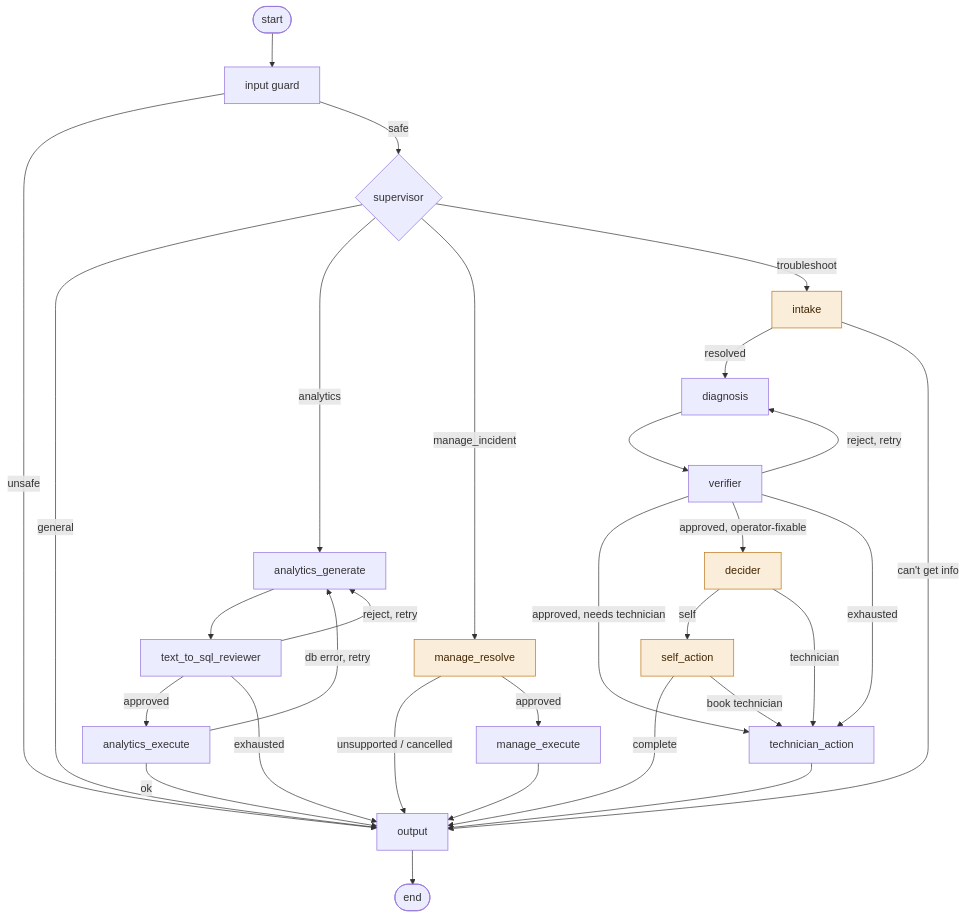
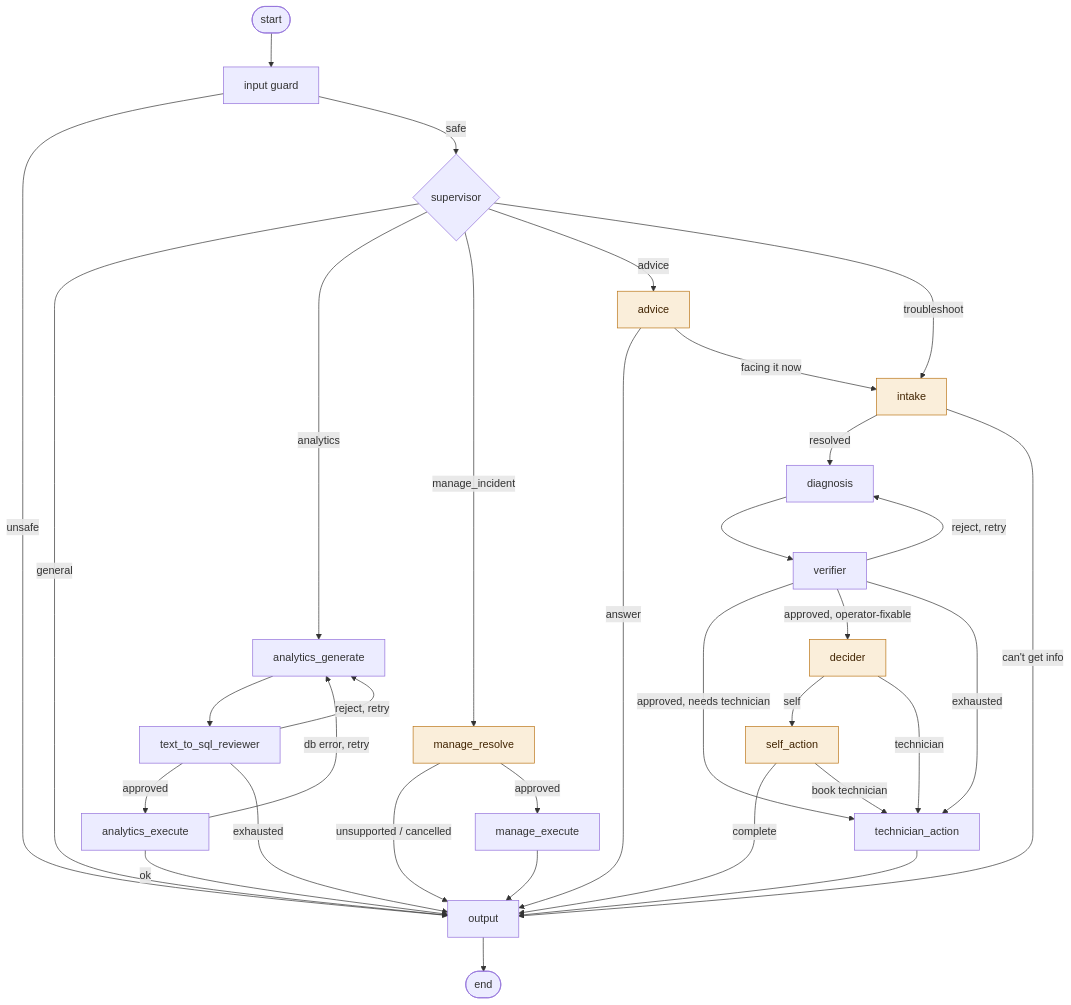
One commit to sundarram1608/RAG-powered-Multi-Agentic-Machine-Maintenance-Support changed the diagram in agents/README.md. Above: the diagram before and after it, drawn with Mermaid. The commit also changed other lines of this file and 10 other files, not shown here.

````diff
--- a/agents/README.md
+++ b/agents/README.md
@@ -394,41 +395,45 @@
 ```mermaid
 flowchart TD
     START([start]) --> input[input guard]
     input -->|unsafe| output[output]
     input -->|safe| supervisor{supervisor}
 
     supervisor -->|general| output
     supervisor -->|analytics| analytics_generate[analytics_generate]
     supervisor -->|manage_incident| manage_resolve[manage_resolve]
+    supervisor -->|advice| advice[advice]
     supervisor -->|troubleshoot| intake[intake]
+
+    advice -->|answer| output
+    advice -->|facing it now| intake
 
     analytics_generate --> text_to_sql_reviewer[text_to_sql_reviewer]
     text_to_sql_reviewer -->|approved| analytics_execute[analytics_execute]
     text_to_sql_reviewer -->|reject, retry| analytics_generate
     text_to_sql_reviewer -->|exhausted| output
     analytics_execute -->|ok| output
     analytics_execute -->|db error, retry| analytics_generate
 
     manage_resolve -->|unsupported / cancelled| output
     manage_resolve -->|approved| manage_execute[manage_execute]
     manage_execute --> output
 
     intake -->|resolved| diagnosis[diagnosis]
     intake -->|can't get info| output
     diagnosis --> verifier[verifier]
     verifier -->|approved, needs technician| technician_action[technician_action]
     verifier -->|approved, operator-fixable| decider[decider]
     verifier -->|reject, retry| diagnosis
     verifier -->|exhausted| technician_action
 
     decider -->|self| self_action[self_action]
     decider -->|technician| technician_action
     self_action -->|complete| output
     self_action -->|book technician| technician_action
 
     technician_action --> output
     output --> DONE([end])
 
     classDef interrupt fill:#FAEEDA,stroke:#BA7517,color:#412402;
-    class intake,decider,self_action,manage_resolve interrupt;
+    class intake,decider,self_action,manage_resolve,advice interrupt;
 ```
````
